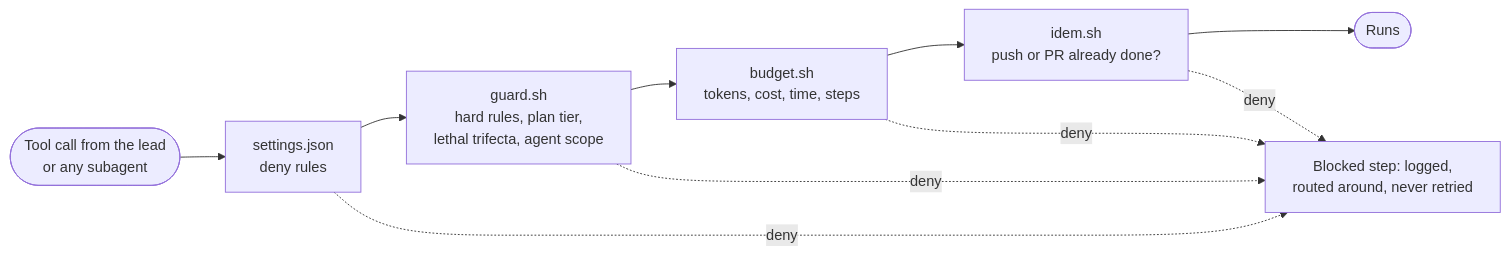
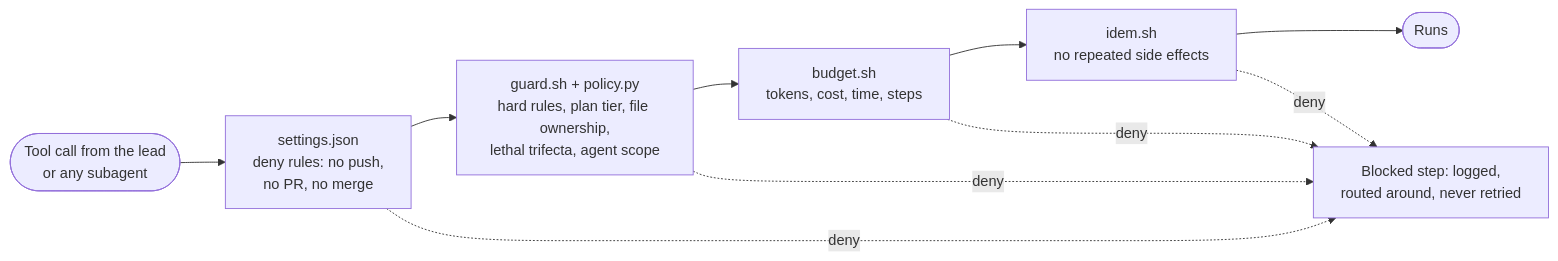
The fourth of 5 diagrams in README.md (Jimmycarroll2021/quickship), drawn with Mermaid before and after one commit. The commit also changed other lines of this file and 48 other files, not shown here.

````diff
--- a/README.md
+++ b/README.md
@@ -176,9 +194,9 @@
 ```mermaid
 flowchart LR
-    call(["Tool call from the lead<br/>or any subagent"]) --> l1["settings.json<br/>deny rules"]
-    l1 --> l2["guard.sh<br/>hard rules, plan tier,<br/>lethal trifecta, agent scope"]
+    call(["Tool call from the lead<br/>or any subagent"]) --> l1["settings.json<br/>deny rules: no push,<br/>no PR, no merge"]
+    l1 --> l2["guard.sh + policy.py<br/>hard rules, plan tier, file ownership,<br/>lethal trifecta, agent scope"]
     l2 --> l3["budget.sh<br/>tokens, cost, time, steps"]
-    l3 --> l4["idem.sh<br/>push or PR already done?"]
+    l3 --> l4["idem.sh<br/>no repeated side effects"]
     l4 --> ok(["Runs"])
     l1 & l2 & l3 & l4 -.->|"deny"| deny["Blocked step: logged,<br/>routed around, never retried"]
 ```
````
